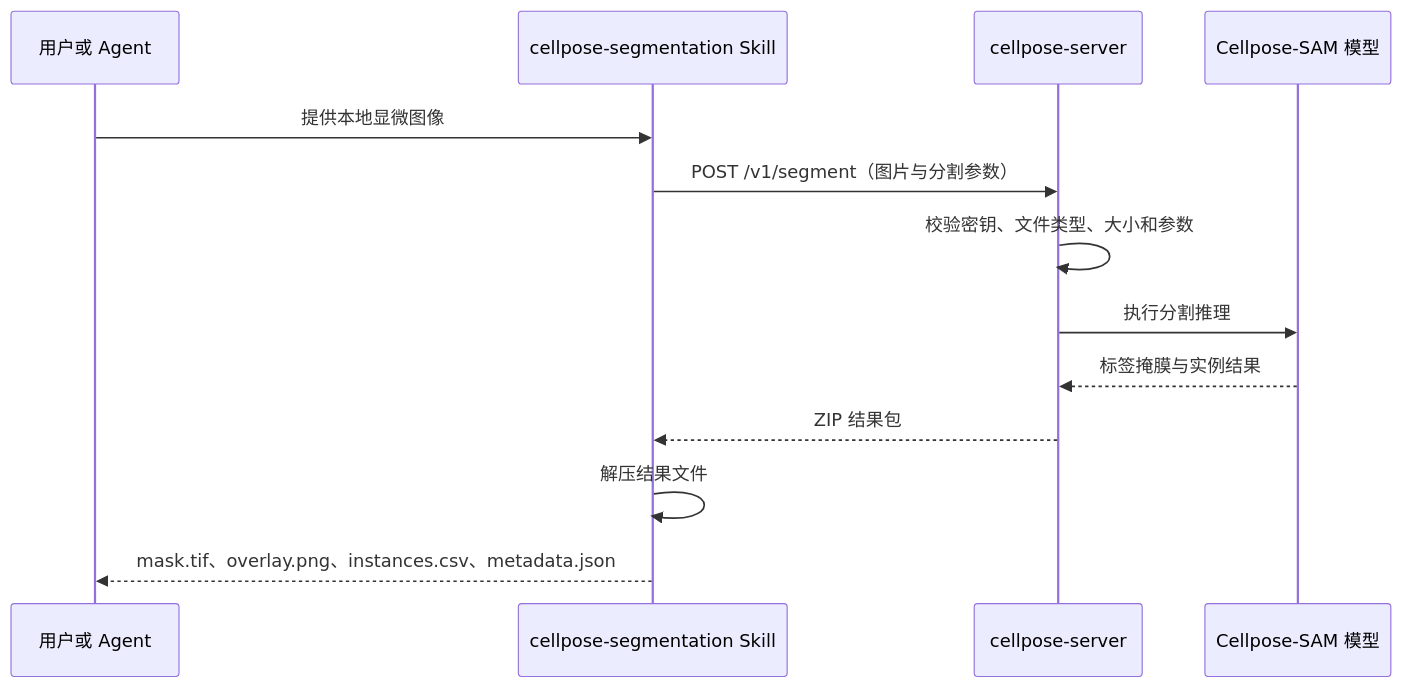
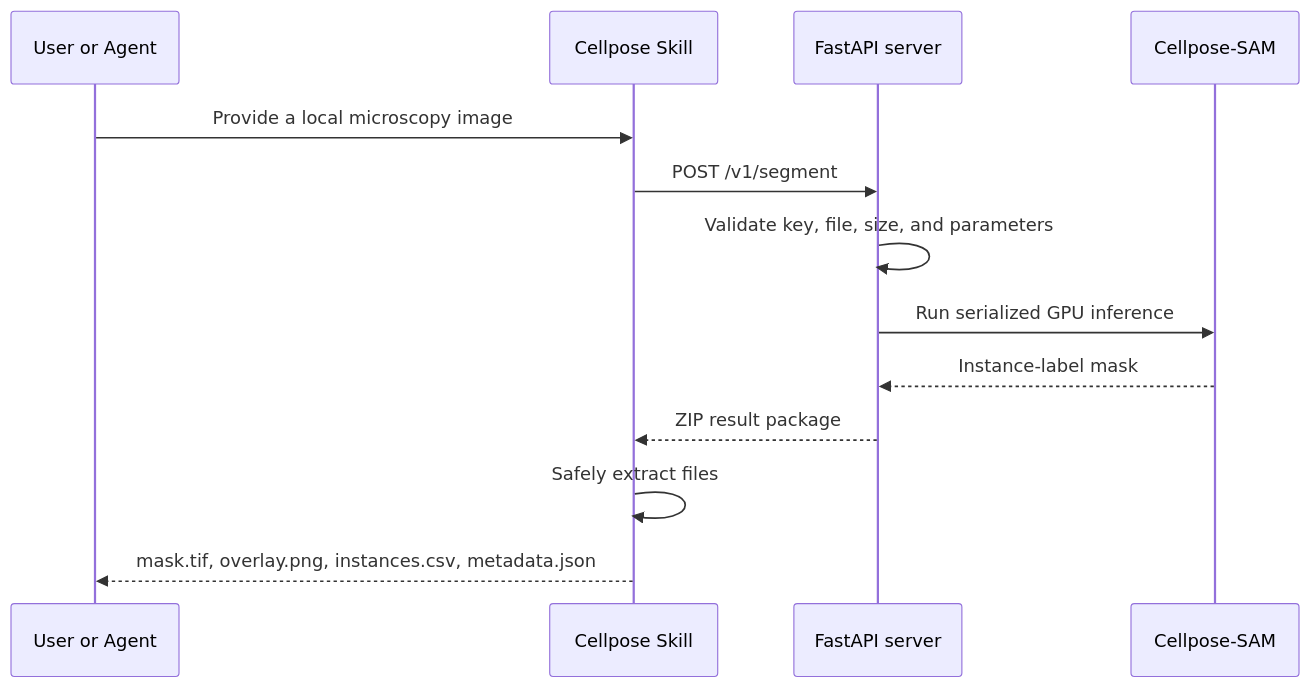
One commit to desperati0n/cellpose-kit changed the diagram in README.md. Above: the diagram before and after it, drawn with Mermaid. The commit also changed other lines of this file and 11 other files, not shown here.

````diff
--- a/README.md
+++ b/README.md
@@ -36,16 +11,16 @@
 ```mermaid
 sequenceDiagram
-    participant User as 用户或 Agent
-    participant Skill as cellpose-segmentation Skill
-    participant Server as cellpose-server
-    participant Model as Cellpose-SAM 模型
+    participant User as User or Agent
+    participant Skill as Cellpose Skill
+    participant Server as FastAPI server
+    participant Model as Cellpose-SAM
 
-    User->>Skill: 提供本地显微图像
-    Skill->>Server: POST /v1/segment（图片与分割参数）
-    Server->>Server: 校验密钥、文件类型、大小和参数
-    Server->>Model: 执行分割推理
-    Model-->>Server: 标签掩膜与实例结果
-    Server-->>Skill: ZIP 结果包
-    Skill->>Skill: 解压结果文件
-    Skill-->>User: mask.tif、overlay.png、instances.csv、metadata.json
+    User->>Skill: Provide a local microscopy image
+    Skill->>Server: POST /v1/segment
+    Server->>Server: Validate key, file, size, and parameters
+    Server->>Model: Run serialized GPU inference
+    Model-->>Server: Instance-label mask
+    Server-->>Skill: ZIP result package
+    Skill->>Skill: Safely extract files
+    Skill-->>User: mask.tif, overlay.png, instances.csv, metadata.json
 ```
````
